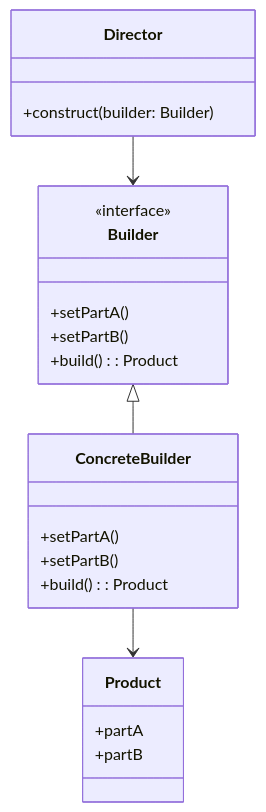
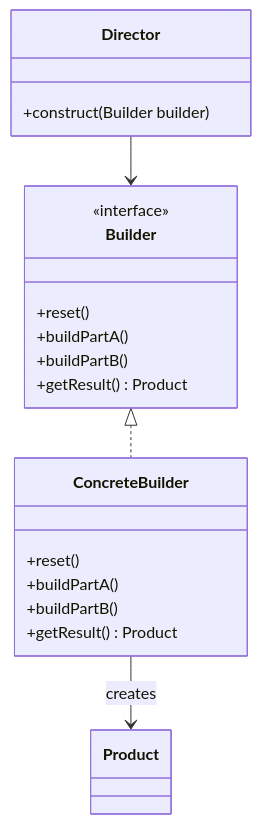
One commit to 42jerrykim/42jerrykim.github.io changed the second of 2 diagrams in content/collection/designpattern/02_builder/index.md. Above: the diagram before and after it, drawn with Mermaid. The commit also changed other lines of this file, not shown here.

First line of the commit message:
refactor(designpattern): rewrite 02_builder for quality loop iteration 1

````diff
--- a/content/collection/designpattern/02_builder/index.md
+++ b/content/collection/designpattern/02_builder/index.md
@@ -332,25 +177,24 @@
 ```mermaid
 classDiagram
     class Director {
-        +construct(builder: Builder)
+        +construct(Builder builder)
     }
     class Builder {
         <<interface>>
-        +setPartA()
-        +setPartB()
-        +build(): Product
+        +reset()
+        +buildPartA()
+        +buildPartB()
+        +getResult() Product
     }
     class ConcreteBuilder {
-        +setPartA()
-        +setPartB()
-        +build(): Product
+        +reset()
+        +buildPartA()
+        +buildPartB()
+        +getResult() Product
     }
-    class Product {
-        +partA
-        +partB
-    }
+    class Product
 
     Director --> Builder
-    Builder <|-- ConcreteBuilder
-    ConcreteBuilder --> Product
+    Builder <|.. ConcreteBuilder
+    ConcreteBuilder --> Product : creates
 ```
````
